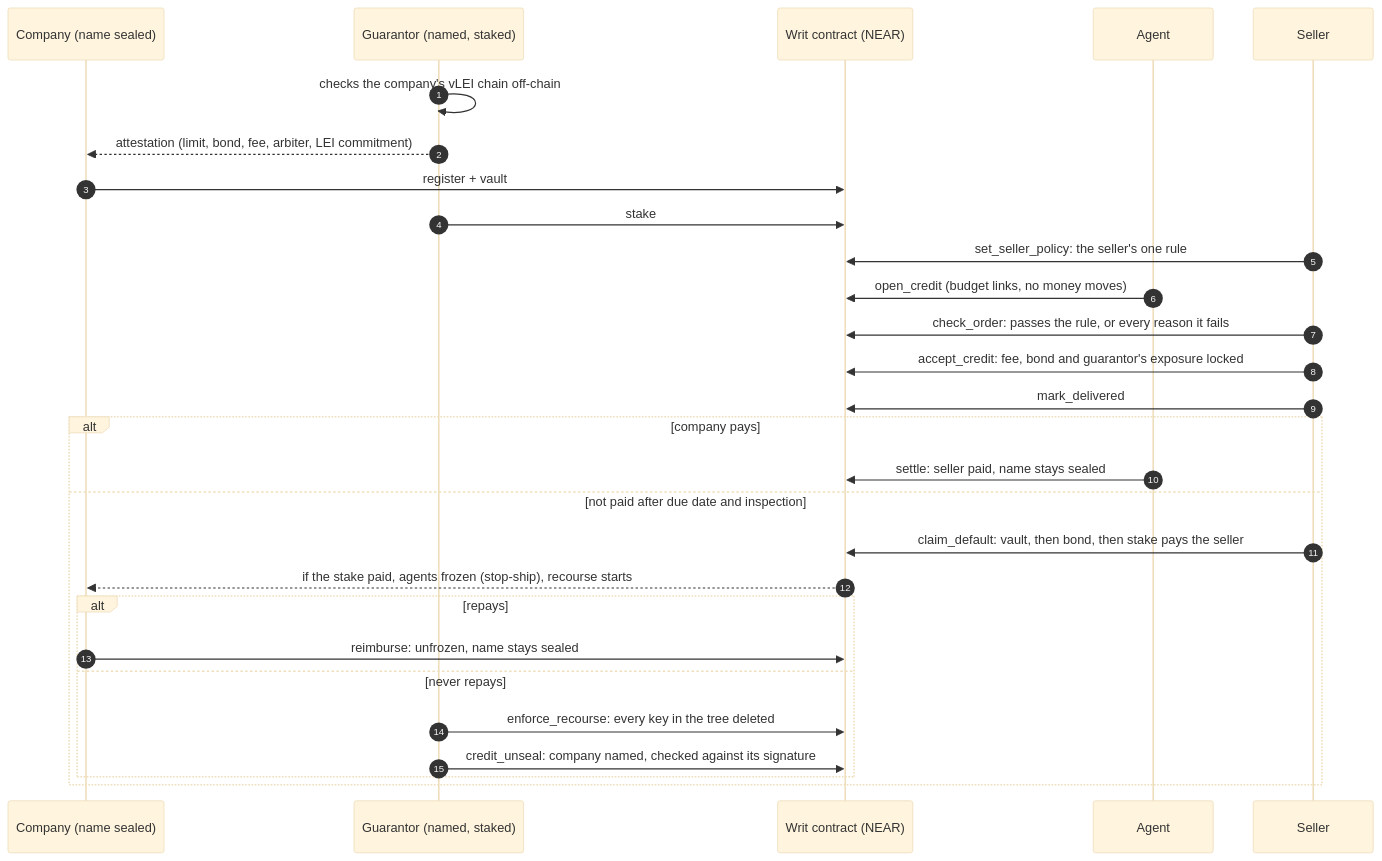
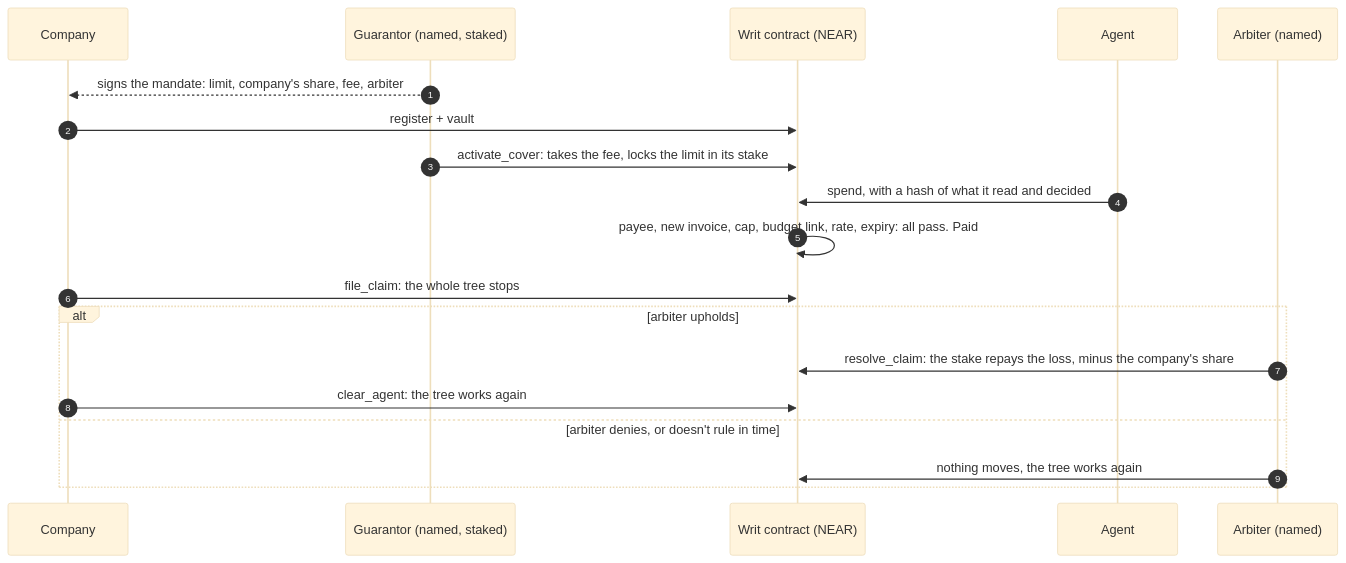
The diagram in README.md (zuemen/writ), drawn with Mermaid (base theme) before and after one commit. The commit also changed other lines of this file and 7 other files, not shown here.

````diff
--- a/README.md
+++ b/README.md
@@ -13,30 +13,21 @@
 ```mermaid
 sequenceDiagram
     autonumber
-    participant C as Company (name sealed)
+    participant C as Company
     participant G as Guarantor (named, staked)
     participant W as Writ contract (NEAR)
     participant A as Agent
-    participant S as Seller
-    G->>G: checks the company's vLEI chain off-chain
-    G-->>C: attestation (limit, bond, fee, arbiter, LEI commitment)
+    participant R as Arbiter (named)
+    G-->>C: signs the mandate: limit, company's share, fee, arbiter
     C->>W: register + vault
-    G->>W: stake
-    S->>W: set_seller_policy: the seller's one rule
-    A->>W: open_credit (budget links, no money moves)
-    S->>W: check_order: passes the rule, or every reason it fails
-    S->>W: accept_credit: fee, bond and guarantor's exposure locked
-    S->>W: mark_delivered
-    alt company pays
-        A->>W: settle: seller paid, name stays sealed
-    else not paid after due date and inspection
-        S->>W: claim_default: vault, then bond, then stake pays the seller
-        W-->>C: if the stake paid, agents frozen (stop-ship), recourse starts
-        alt repays
-            C->>W: reimburse: unfrozen, name stays sealed
-        else never repays
-            G->>W: enforce_recourse: every key in the tree deleted
-            G->>W: credit_unseal: company named, checked against its signature
-        end
+    G->>W: activate_cover: takes the fee, locks the limit in its stake
+    A->>W: spend, with a hash of what it read and decided
+    W->>W: payee, new invoice, cap, budget link, rate, expiry: all pass. Paid
+    C->>W: file_claim: the whole tree stops
+    alt arbiter upholds
+        R->>W: resolve_claim: the stake repays the loss, minus the company's share
+        C->>W: clear_agent: the tree works again
+    else arbiter denies, or doesn't rule in time
+        R->>W: nothing moves, the tree works again
     end
 ```
````
